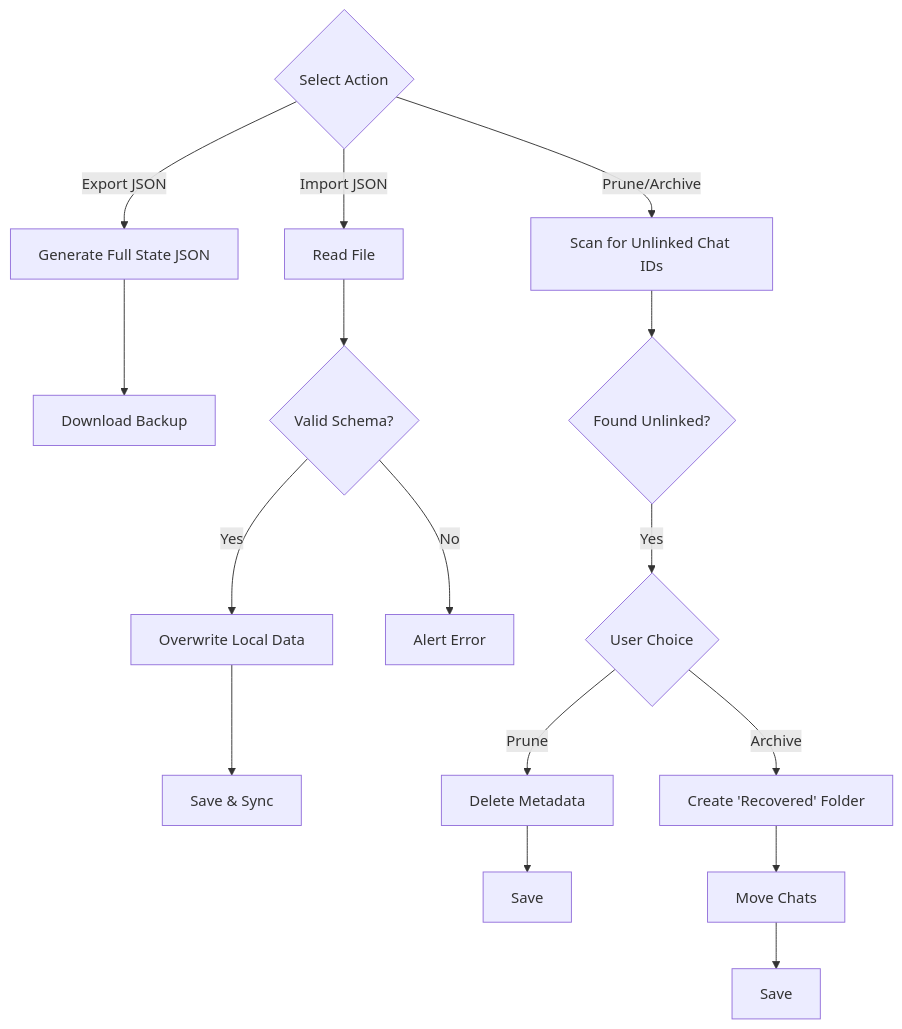
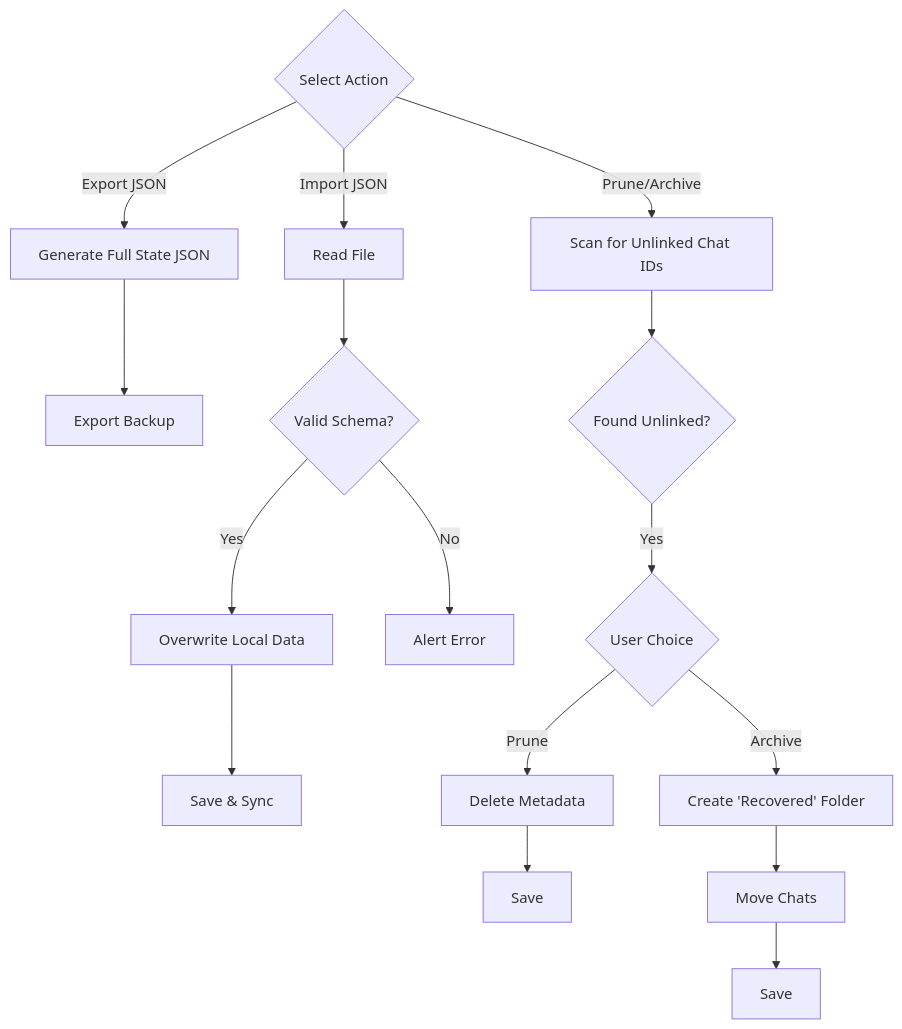
Before and after one commit to pkiage/gemini-maktaba-chat-library: the fifth of 7 diagrams in README.md, drawn with Mermaid. The commit also changed other lines of this file and 1 other file, not shown here.

Commit message:
Refine language from download and restore to export and import

````diff
--- a/README.md
+++ b/README.md
@@ -121,18 +121,18 @@
 ```mermaid
 flowchart TD
     Action{Select Action}
     
     %% Portability
-    Action -- Export JSON --> GenJSON[Generate Full State JSON] --> DownJSON[Download Backup]
+    Action -- Export JSON --> GenJSON[Generate Full State JSON] --> DownJSON[Export Backup]
     Action -- Import JSON --> ReadFile[Read File] --> ParseJSON{Valid Schema?}
     ParseJSON -- Yes --> Overwrite[Overwrite Local Data] --> Sync[Save & Sync]
     ParseJSON -- No --> AlertErr[Alert Error]
     
     %% Maintenance
     Action -- Prune/Archive --> FindUnlinked[Scan for Unlinked Chat IDs]
     FindUnlinked --> Count{Found Unlinked?}
     
     Count -- Yes --> Decision{User Choice}
     Decision -- Prune --> Delete[Delete Metadata] --> SyncPrune[Save]
     Decision -- Archive --> CreateFolder[Create 'Recovered' Folder] --> MoveUnlinked[Move Chats] --> SyncArch[Save]
 ```
````
